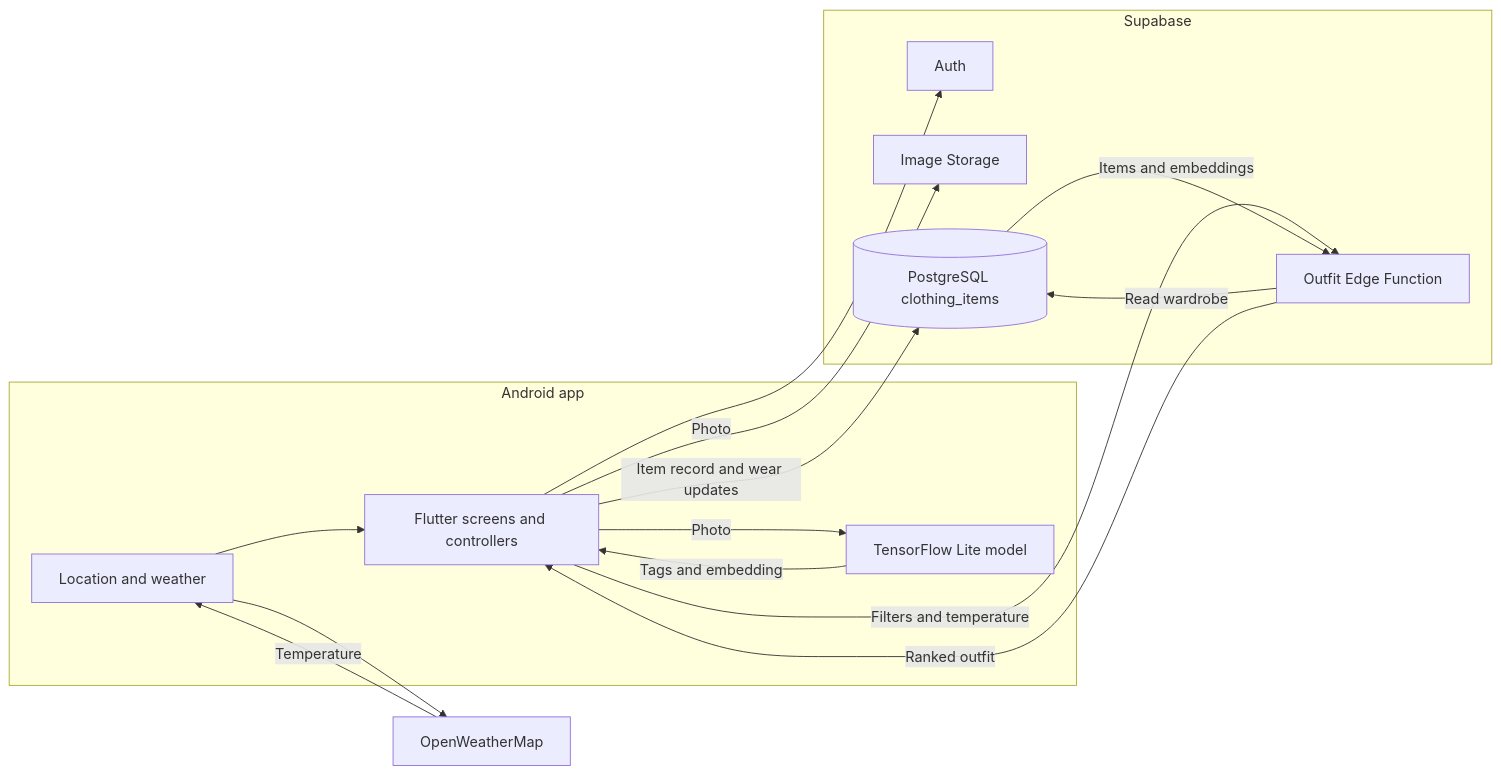
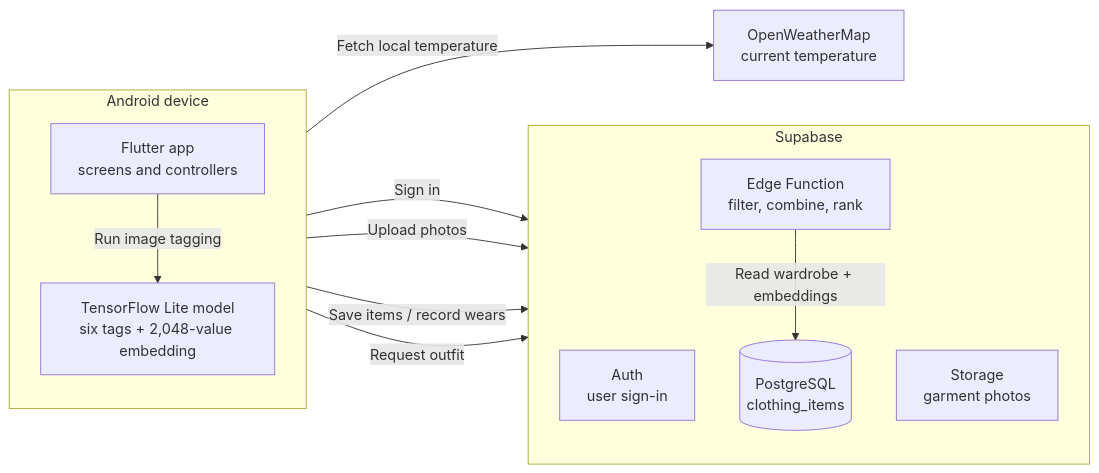
The first of 4 diagrams in README.md (heyitssyakirrr/stylemate), drawn with Mermaid before and after one commit. The commit also changed other lines of this file, not shown here.

````diff
--- a/README.md
+++ b/README.md
@@ -33,30 +28,26 @@
 ```mermaid
 flowchart LR
-    subgraph Phone["Android app"]
-        UI["Flutter screens and controllers"]
-        Model["TensorFlow Lite model"]
-        Weather["Location and weather"]
+    subgraph Device["Android device"]
+        direction TB
+        App["Flutter app<br/>screens and controllers"]
+        Model["TensorFlow Lite model<br/>six tags + 2,048-value embedding"]
+        App -->|"Run image tagging"| Model
     end
 
-    subgraph Supabase["Supabase"]
-        Auth["Auth"]
-        Storage["Image Storage"]
-        DB[("PostgreSQL clothing_items")]
-        Edge["Outfit Edge Function"]
+    subgraph Backend["Supabase"]
+        direction TB
+        Auth["Auth<br/>user sign-in"]
+        Photos["Storage<br/>garment photos"]
+        Items[("PostgreSQL<br/>clothing_items")]
+        Ranker["Edge Function<br/>filter, combine, rank"]
+        Ranker -->|"Read wardrobe + embeddings"| Items
     end
 
-    API["OpenWeatherMap"]
+    Weather["OpenWeatherMap<br/>current temperature"]
 
-    UI -->|Photo| Model
-    Model -->|Tags and embedding| UI
-    UI --> Auth
-    UI -->|Photo| Storage
-    UI -->|Item record and wear updates| DB
-    Weather --> API
-    API -->|Temperature| Weather
-    Weather --> UI
-    UI -->|Filters and temperature| Edge
-    Edge -->|Read wardrobe| DB
-    DB -->|Items and embeddings| Edge
-    Edge -->|Ranked outfit| UI
+    App -->|"Sign in"| Auth
+    App -->|"Upload photos"| Photos
+    App -->|"Save items / record wears"| Items
+    App -->|"Request outfit"| Ranker
+    App -->|"Fetch local temperature"| Weather
 ```
````
